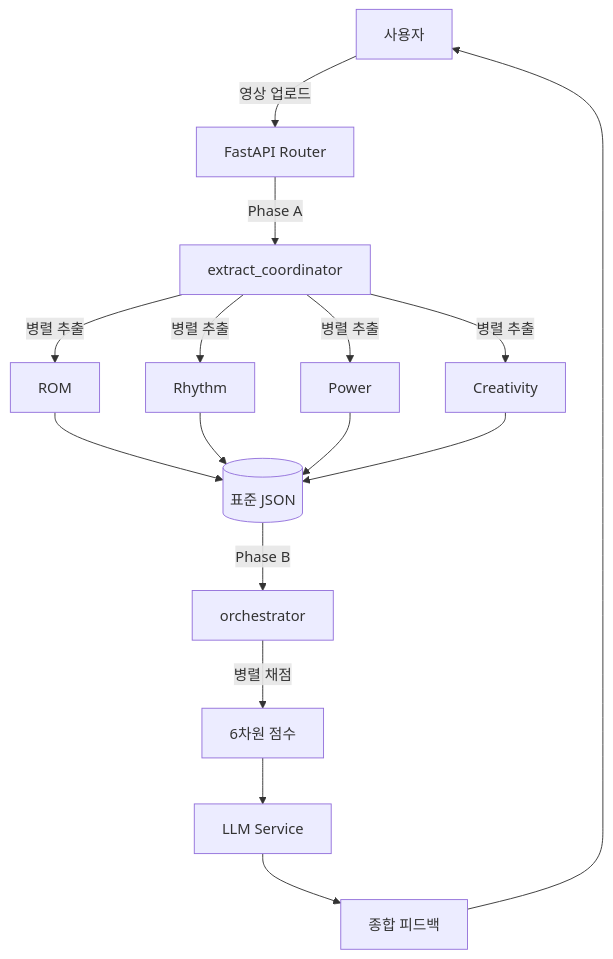
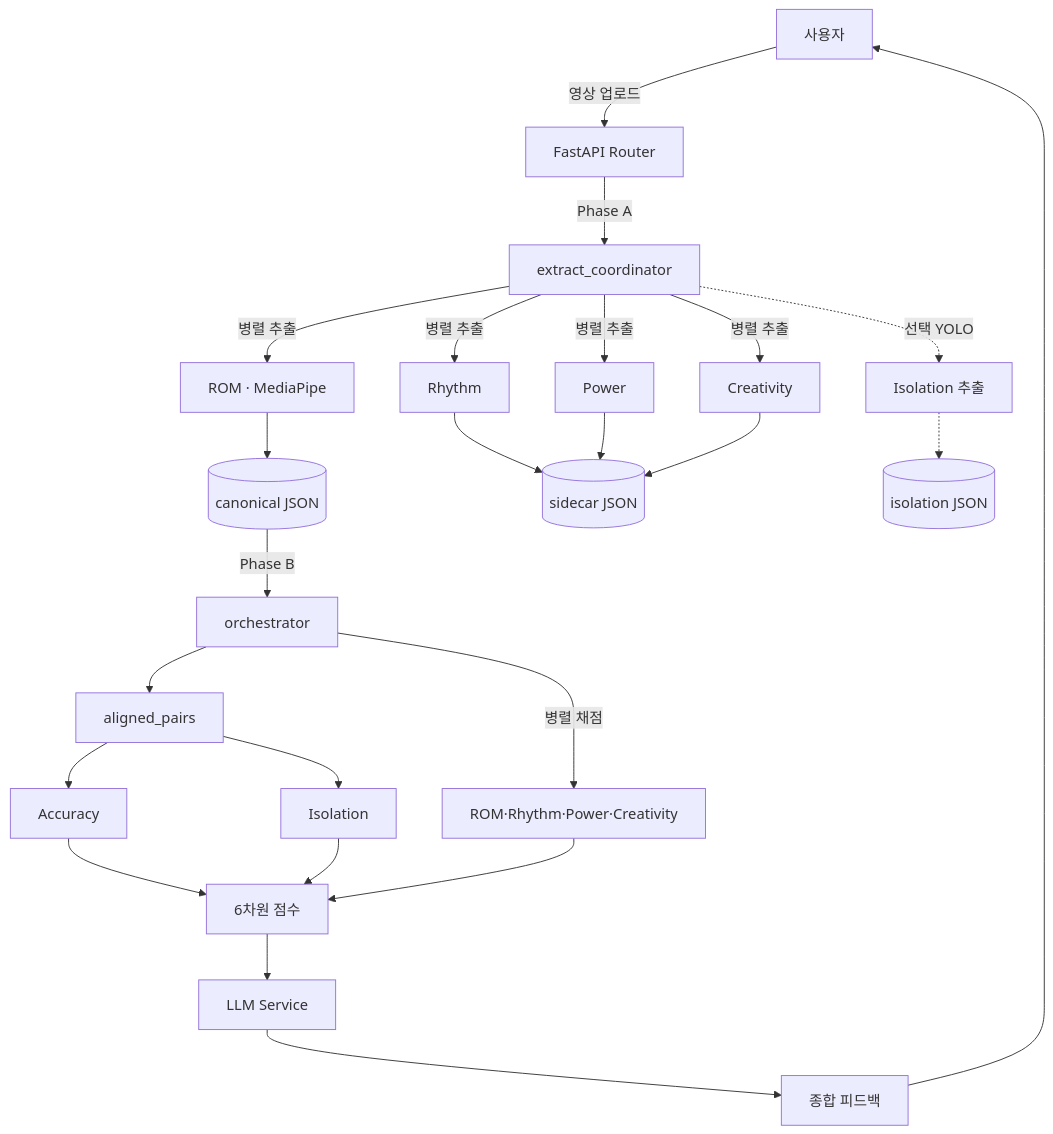
One commit to Hi-Six/FOM changed the diagram in README.md. Above: the diagram before and after it, drawn with Mermaid. The commit also changed other lines of this file, not shown here.

````diff
--- a/README.md
+++ b/README.md
@@ -124,18 +134,26 @@
 ```mermaid
 flowchart TB
     User[사용자] -->|영상 업로드| API[FastAPI Router]
     API -->|Phase A| EC[extract_coordinator]
-    EC -->|병렬 추출| ROM[ROM]
+    EC -->|병렬 추출| ROM[ROM · MediaPipe]
     EC -->|병렬 추출| Rhythm[Rhythm]
     EC -->|병렬 추출| Power[Power]
     EC -->|병렬 추출| Creativity[Creativity]
-    ROM --> JSON[(표준 JSON)]
-    Rhythm --> JSON
-    Power --> JSON
-    Creativity --> JSON
+    EC -.->|선택 YOLO| IsoExt[Isolation 추출]
+    ROM --> JSON[(canonical JSON)]
+    Rhythm --> Sidecar[(sidecar JSON)]
+    Power --> Sidecar
+    Creativity --> Sidecar
+    IsoExt -.-> IsoJSON[(isolation JSON)]
     JSON -->|Phase B| Orch[orchestrator]
-    Orch -->|병렬 채점| Score[6차원 점수]
+    Orch --> Align[aligned_pairs]
+    Align --> Acc[Accuracy]
+    Align --> Iso[Isolation]
+    Orch -->|병렬 채점| Other[ROM·Rhythm·Power·Creativity]
+    Acc --> Score[6차원 점수]
+    Iso --> Score
+    Other --> Score
     Score --> LLM[LLM Service]
     LLM --> Result[종합 피드백]
     Result --> User
 ```
````
